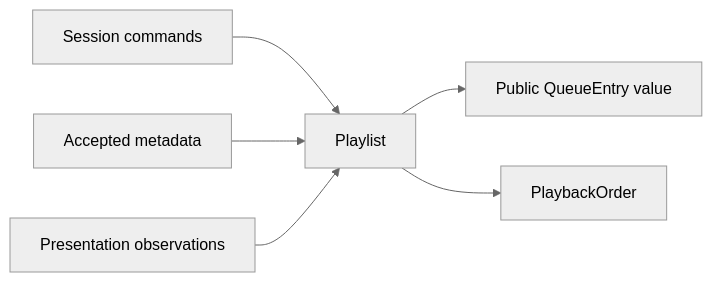
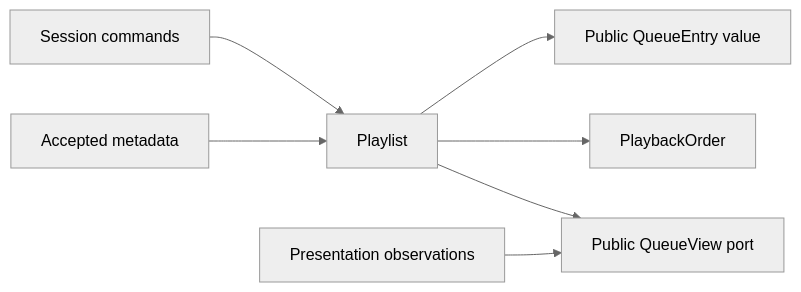
Before and after one commit to Vokerlee/wiola-player: the diagram in src/core/playback/private/queue/README.md, drawn with Mermaid (neutral theme). The commit also changed other lines of this file and 39 other files, not shown here.

Commit message:
playback: expose live read-only queue observations

````diff
--- a/src/core/playback/private/queue/README.md
+++ b/src/core/playback/private/queue/README.md
@@ -5,8 +5,9 @@
 ```mermaid
 flowchart LR
     Session[Session commands] --> Playlist
     Metadata[Accepted metadata] --> Playlist
     Playlist --> Entry[Public QueueEntry value]
     Playlist --> Order[PlaybackOrder]
-    Observers[Presentation observations] --> Playlist
+    Observers[Presentation observations] --> View[Public QueueView port]
+    Playlist --> View
 ```
````
